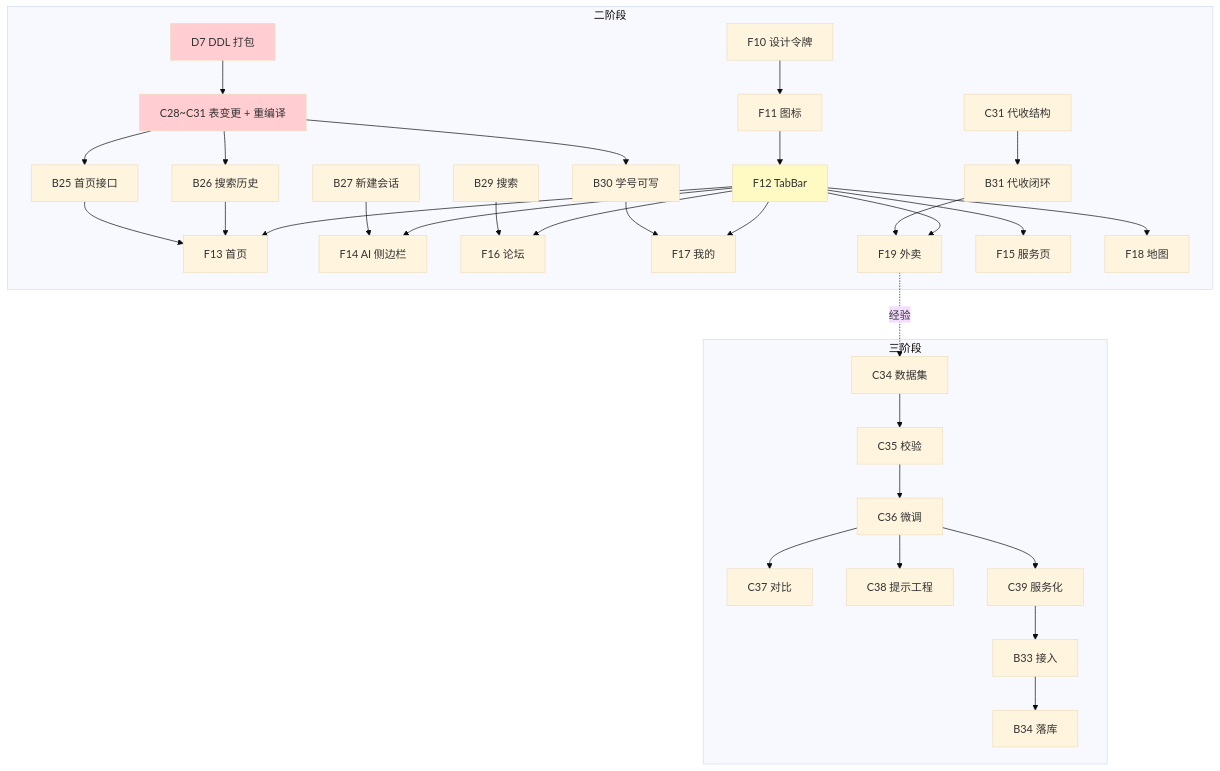
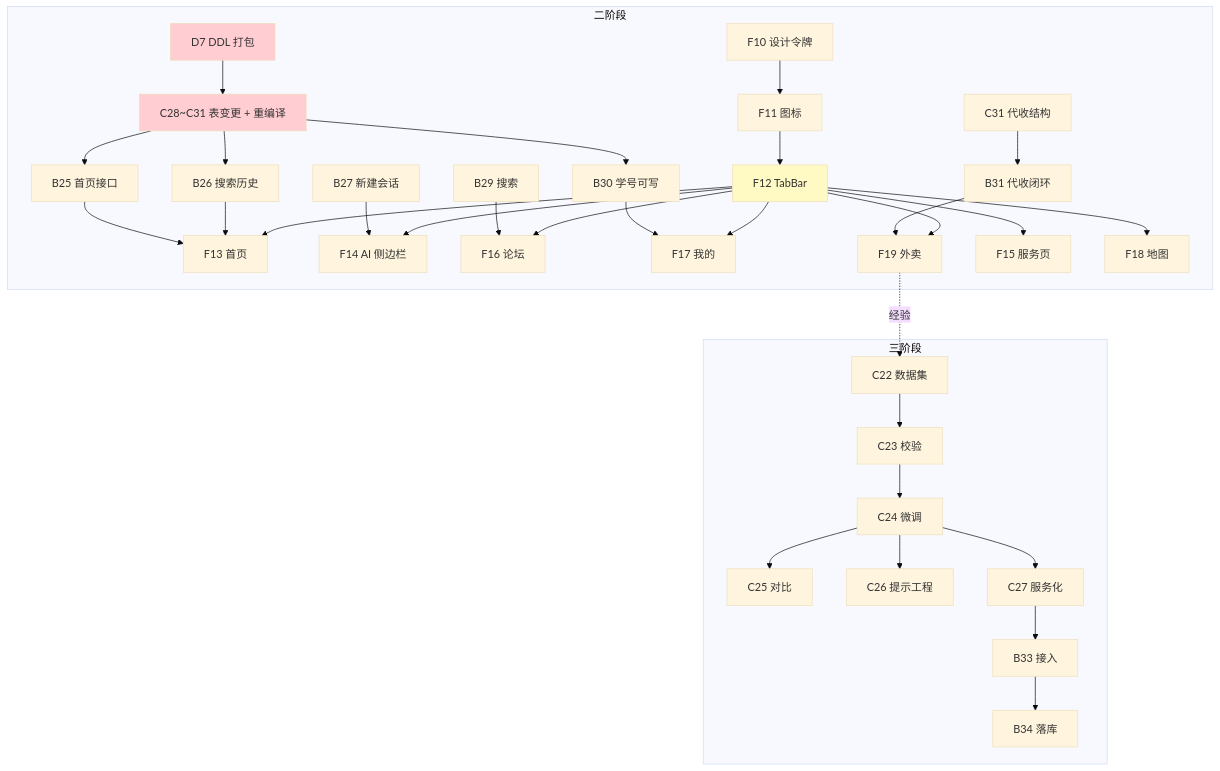
Before and after one commit to asuperj1/xiaojietong-project: the diagram in docs/成员任务单-二阶段整改260912.md, drawn with Mermaid (base theme). The commit also changed other lines of this file, not shown here.

````diff
--- a/docs/成员任务单-二阶段整改260912.md
+++ b/docs/成员任务单-二阶段整改260912.md
@@ -199,28 +240,28 @@
 ```mermaid
 flowchart TB
     subgraph P2["二阶段"]
         D7["D7 DDL 打包"] --> C28["C28~C31 表变更 + 重编译"]
         C28 --> B25["B25 首页接口"]
         C28 --> B26["B26 搜索历史"]
         C28 --> B30["B30 学号可写"]
         C31["C31 代收结构"] --> B31["B31 代收闭环"]
         B25 --> F13["F13 首页"]
         B26 --> F13
         B27["B27 新建会话"] --> F14["F14 AI 侧边栏"]
         B29["B29 搜索"] --> F16["F16 论坛"]
         B30 --> F17["F17 我的"]
         B31 --> F19["F19 外卖"]
         F10["F10 设计令牌"] --> F11["F11 图标"] --> F12["F12 TabBar"]
         F12 --> F13 & F14 & F15["F15 服务页"] & F16 & F17 & F18["F18 地图"] & F19
     end
     subgraph P3["三阶段"]
-        C34["C34 数据集"] --> C35["C35 校验"] --> C36["C36 微调"] --> C37["C37 对比"]
-        C36 --> C38["C38 提示工程"]
-        C36 --> C39["C39 服务化"] --> B33["B33 接入"]
+        C22["C22 数据集"] --> C23["C23 校验"] --> C24["C24 微调"] --> C25["C25 对比"]
+        C24 --> C26["C26 提示工程"]
+        C24 --> C27["C27 服务化"] --> B33["B33 接入"]
         B33 --> B34["B34 落库"]
     end
-    F19 -.经验.-> C34
+    F19 -.经验.-> C22
     style C28 fill:#ffcdd2
     style D7 fill:#ffcdd2
     style F12 fill:#fff9c4
 ```
````
